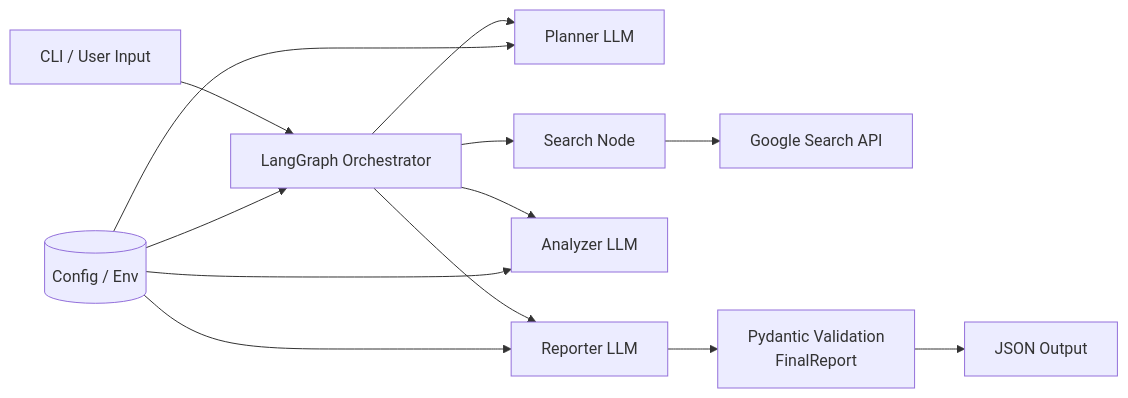
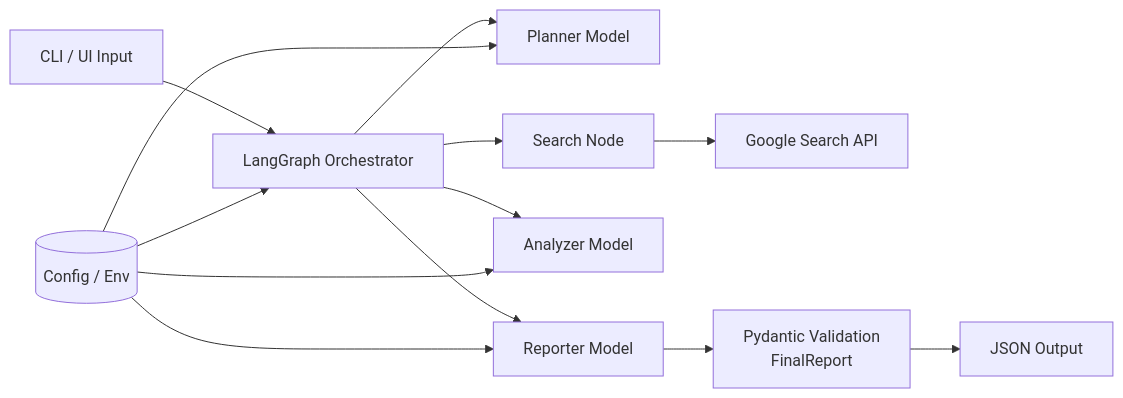
One commit to LXMachado/SRA changed the second of 2 diagrams in README.md. Above: the diagram before and after it, drawn with Mermaid. The commit also changed other lines of this file, not shown here.

Commit message:
Enhance README with detailed workflow diagrams, use cases, and troubleshooting tips

````diff
--- a/README.md
+++ b/README.md
@@ -83,16 +22,16 @@
 ```mermaid
 flowchart LR
-    U[CLI / User Input] --> G[LangGraph Orchestrator]
-    G --> P[Planner LLM]
+    U[CLI / UI Input] --> G[LangGraph Orchestrator]
+    G --> P[Planner Model]
     G --> S[Search Node]
     S --> GS[Google Search API]
-    G --> A[Analyzer LLM]
-    G --> R[Reporter LLM]
+    G --> A[Analyzer Model]
+    G --> R[Reporter Model]
     R --> V[Pydantic Validation\nFinalReport]
     V --> O[JSON Output]
 
     C[(Config / Env)] --> G
     C --> P
     C --> A
     C --> R
 ```
````
